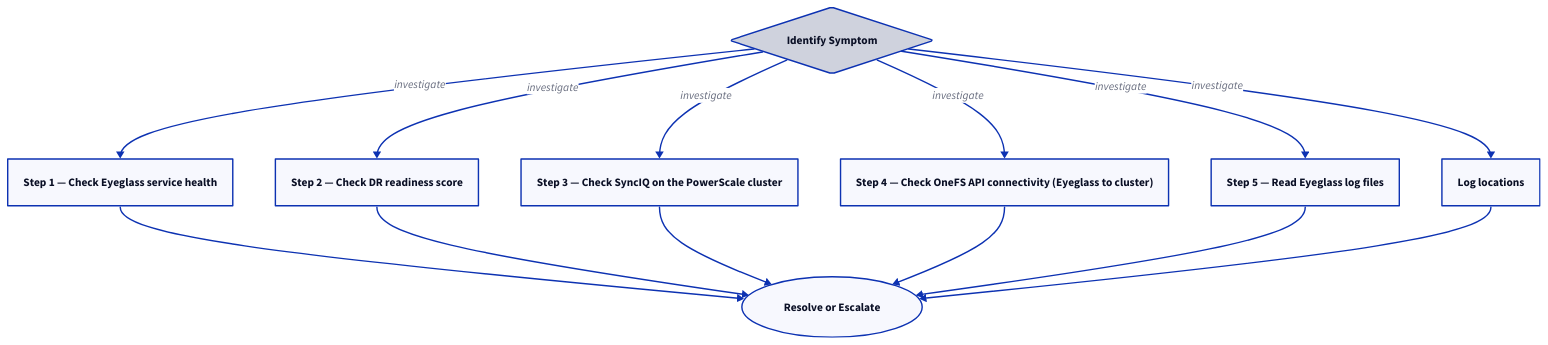
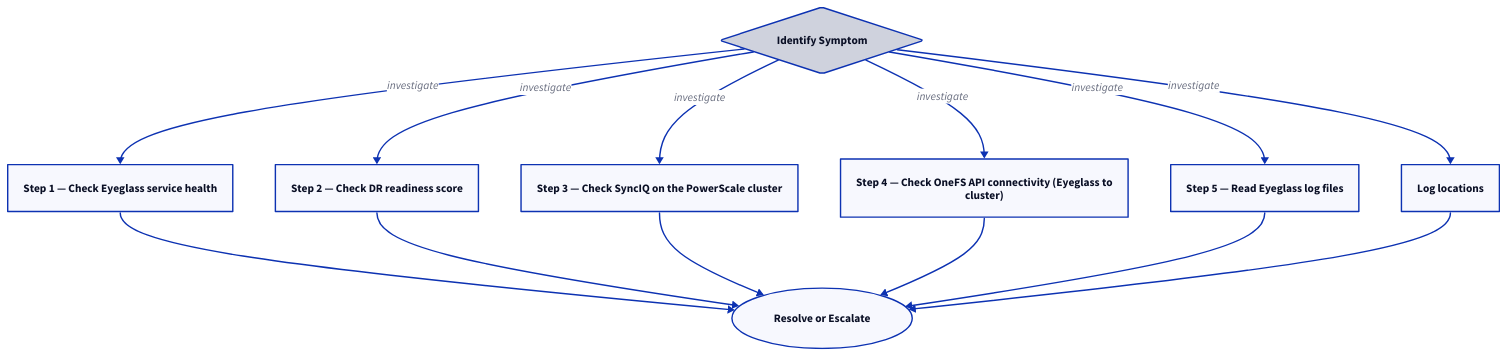
One commit to canast01/chris-kb changed the second of 2 diagrams in docs/storage/netapp/superna-eyeglass/troubleshooting/diagnostics.md. Above: the diagram before and after it, drawn with D2. The commit also changed 192 other files, not shown here.

````diff
--- a/docs/storage/netapp/superna-eyeglass/troubleshooting/diagnostics.md
+++ b/docs/storage/netapp/superna-eyeglass/troubleshooting/diagnostics.md
@@ -48,25 +48,25 @@
 ```d2
 direction: down
 
 symptom: Identify Symptom {shape: diamond}
 step_1_check_eyeglass_service_health: "Step 1 — Check Eyeglass service health" {shape: rectangle}
 step_2_check_dr_readiness_score: "Step 2 — Check DR readiness score" {shape: rectangle}
 step_3_check_synciq_on_the_powerscal: "Step 3 — Check SyncIQ on the PowerScale cluster" {shape: rectangle}
-step_4_check_onefs_api_connectivity_: "Step 4 — Check OneFS API connectivity (Eyeglass to cluster)" {shape: rectangle}
+step_4_check_onefs_api_connectivity_: "Step 4 — Check OneFS API connectivity (Eyeglass to\ncluster)" {shape: rectangle}
 step_5_read_eyeglass_log_files: "Step 5 — Read Eyeglass log files" {shape: rectangle}
 log_locations: "Log locations" {shape: rectangle}
 resolution: Resolve or Escalate {shape: oval}
 
 symptom -> step_1_check_eyeglass_service_health: investigate
 symptom -> step_2_check_dr_readiness_score: investigate
 symptom -> step_3_check_synciq_on_the_powerscal: investigate
 symptom -> step_4_check_onefs_api_connectivity_: investigate
 symptom -> step_5_read_eyeglass_log_files: investigate
 symptom -> log_locations: investigate
 step_1_check_eyeglass_service_health -> resolution
 step_2_check_dr_readiness_score -> resolution
 step_3_check_synciq_on_the_powerscal -> resolution
 step_4_check_onefs_api_connectivity_ -> resolution
 step_5_read_eyeglass_log_files -> resolution
 log_locations -> resolution
 ```
````
